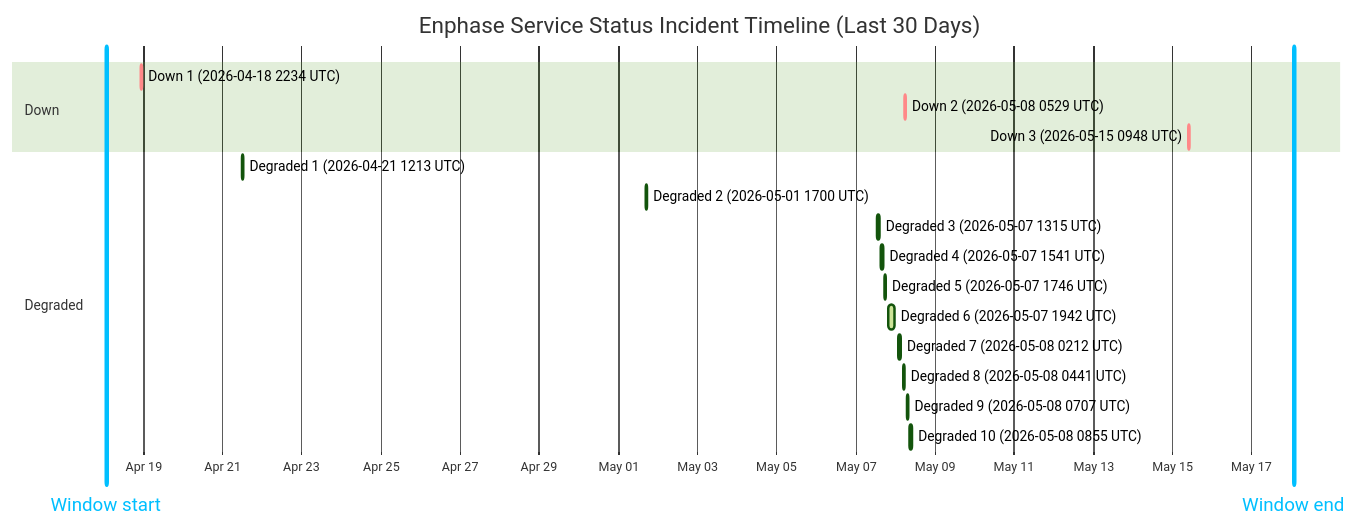
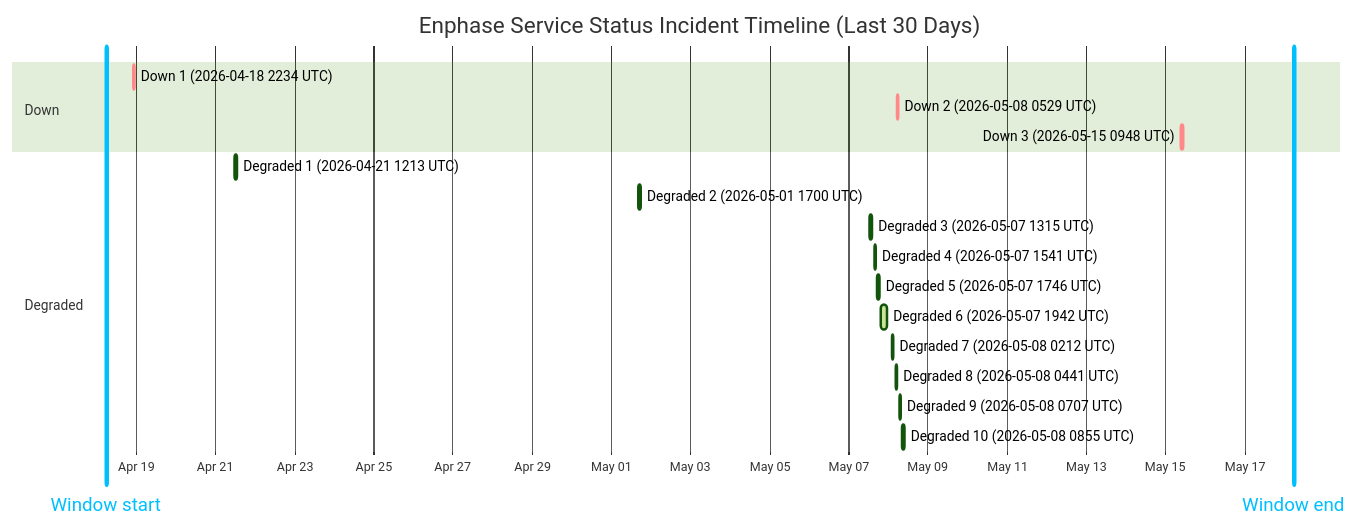
The diagram in wiki/Service-Status-History.md (barneyonline/ha-enphase-ev-charger), drawn with Mermaid (forest theme) before and after one commit. The commit also changed other lines of this file and 3 other files, not shown here.

````diff
--- a/wiki/Service-Status-History.md
+++ b/wiki/Service-Status-History.md
@@ -14,23 +14,23 @@
 ```mermaid
 gantt
     title Enphase Service Status Incident Timeline (Last 30 Days)
     dateFormat  YYYY-MM-DDTHH:mm:ss
     axisFormat  %b %d
-    Window start :vert, window-start, 2026-04-18T01:29:32, 0ms
-    Window end :vert, window-end, 2026-05-18T01:29:32, 0ms
+    Window start :vert, window-start, 2026-04-18T05:50:01, 0ms
+    Window end :vert, window-end, 2026-05-18T05:50:01, 0ms
     section Down
     Down 1 (2026-04-18 2234 UTC) :crit, down-1, 2026-04-18T22:34:13, 60m
     Down 2 (2026-05-08 0529 UTC) :crit, down-2, 2026-05-08T05:29:47, 60m
     Down 3 (2026-05-15 0948 UTC) :crit, down-3, 2026-05-15T09:48:18, 60m
     section Degraded
     Degraded 1 (2026-04-21 1213 UTC) :active, degraded-1, 2026-04-21T12:13:11, 60m
     Degraded 2 (2026-05-01 1700 UTC) :active, degraded-2, 2026-05-01T17:00:22, 60m
     Degraded 3 (2026-05-07 1315 UTC) :active, degraded-3, 2026-05-07T13:15:25, 60m
     Degraded 4 (2026-05-07 1541 UTC) :active, degraded-4, 2026-05-07T15:41:58, 60m
     Degraded 5 (2026-05-07 1746 UTC) :active, degraded-5, 2026-05-07T17:46:51, 60m
     Degraded 6 (2026-05-07 1942 UTC) :active, degraded-6, 2026-05-07T19:42:10, 249m
     Degraded 7 (2026-05-08 0212 UTC) :active, degraded-7, 2026-05-08T02:12:39, 60m
     Degraded 8 (2026-05-08 0441 UTC) :active, degraded-8, 2026-05-08T04:41:46, 60m
     Degraded 9 (2026-05-08 0707 UTC) :active, degraded-9, 2026-05-08T07:07:30, 60m
     Degraded 10 (2026-05-08 0855 UTC) :active, degraded-10, 2026-05-08T08:55:20, 88m
 ```
````
